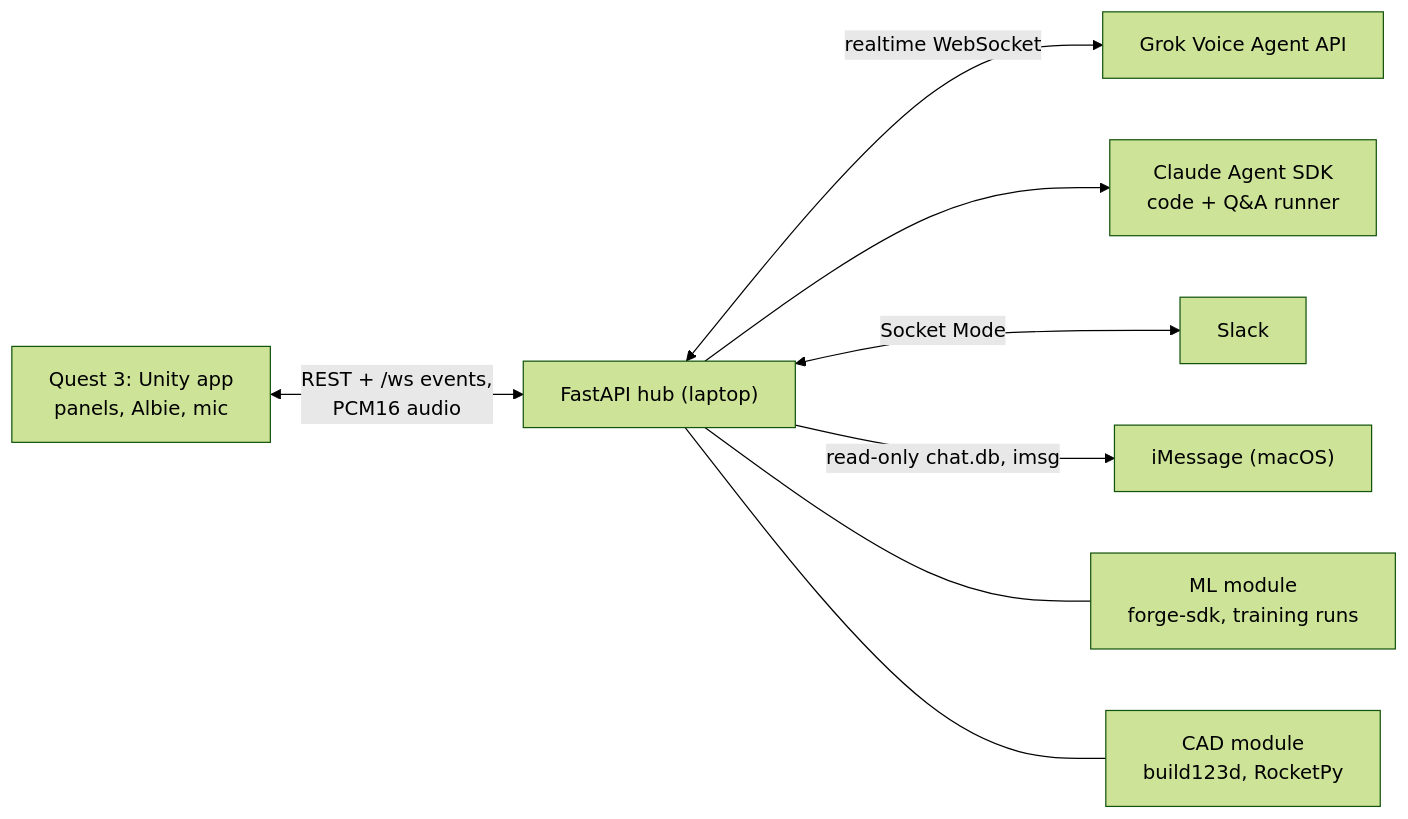
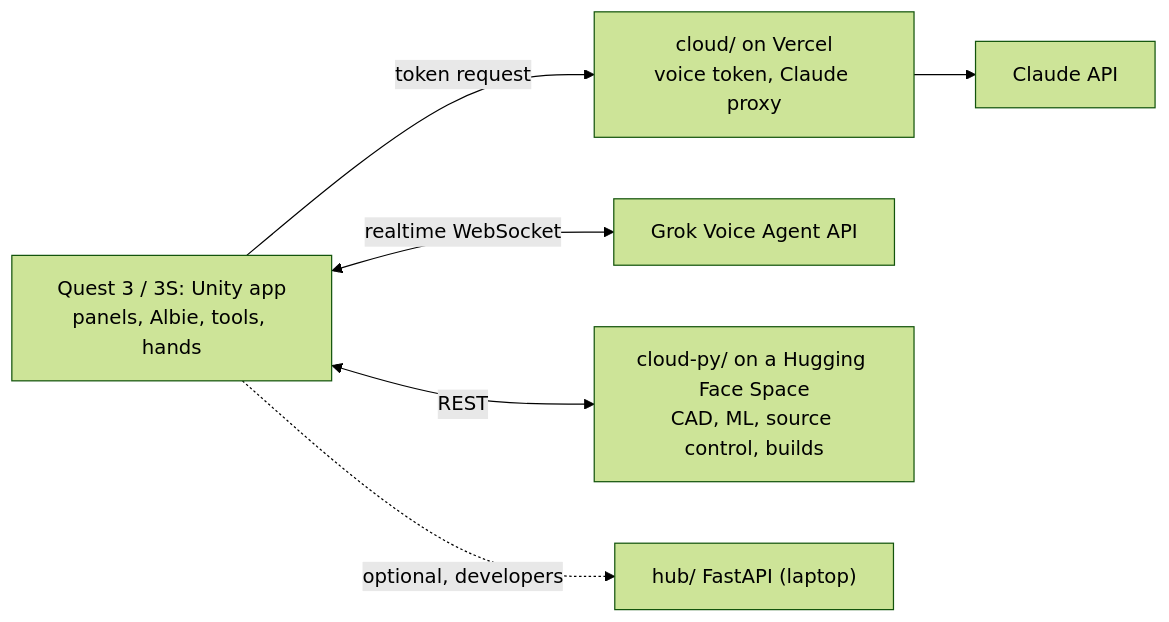
The diagram in README.md (builtbyd3v/albie-vr), drawn with Mermaid (forest theme) before and after one commit. The commit also changed other lines of this file and 16 other files, not shown here.

First line of the commit message:
Submission prep: brand names out of app strings, README and disclosure for the competition build, release requirements

````diff
--- a/README.md
+++ b/README.md
@@ -31,10 +31,8 @@
 ```mermaid
 flowchart LR
-  Quest["Quest 3: Unity app<br/>panels, Albie, mic"] <-->|"REST + /ws events,<br/>PCM16 audio"| Hub["FastAPI hub (laptop)"]
-  Hub <-->|realtime WebSocket| Grok["Grok Voice Agent API"]
-  Hub --> Claude["Claude Agent SDK<br/>code + Q&A runner"]
-  Hub <-->|Socket Mode| Slack["Slack"]
-  Hub -->|read-only chat.db, imsg| IM["iMessage (macOS)"]
-  Hub --- ML["ML module<br/>forge-sdk, training runs"]
-  Hub --- CAD["CAD module<br/>build123d, RocketPy"]
+  Quest["Quest 3 / 3S: Unity app<br/>panels, Albie, tools, hands"] -->|token request| Vercel["cloud/ on Vercel<br/>voice token, Claude proxy"]
+  Quest <-->|realtime WebSocket| Grok["Grok Voice Agent API"]
+  Quest <-->|REST| Space["cloud-py/ on a Hugging Face Space<br/>CAD, ML, source control, builds"]
+  Vercel --> Claude["Claude API"]
+  Quest -.->|optional, developers| Hub["hub/ FastAPI (laptop)"]
 ```
````
